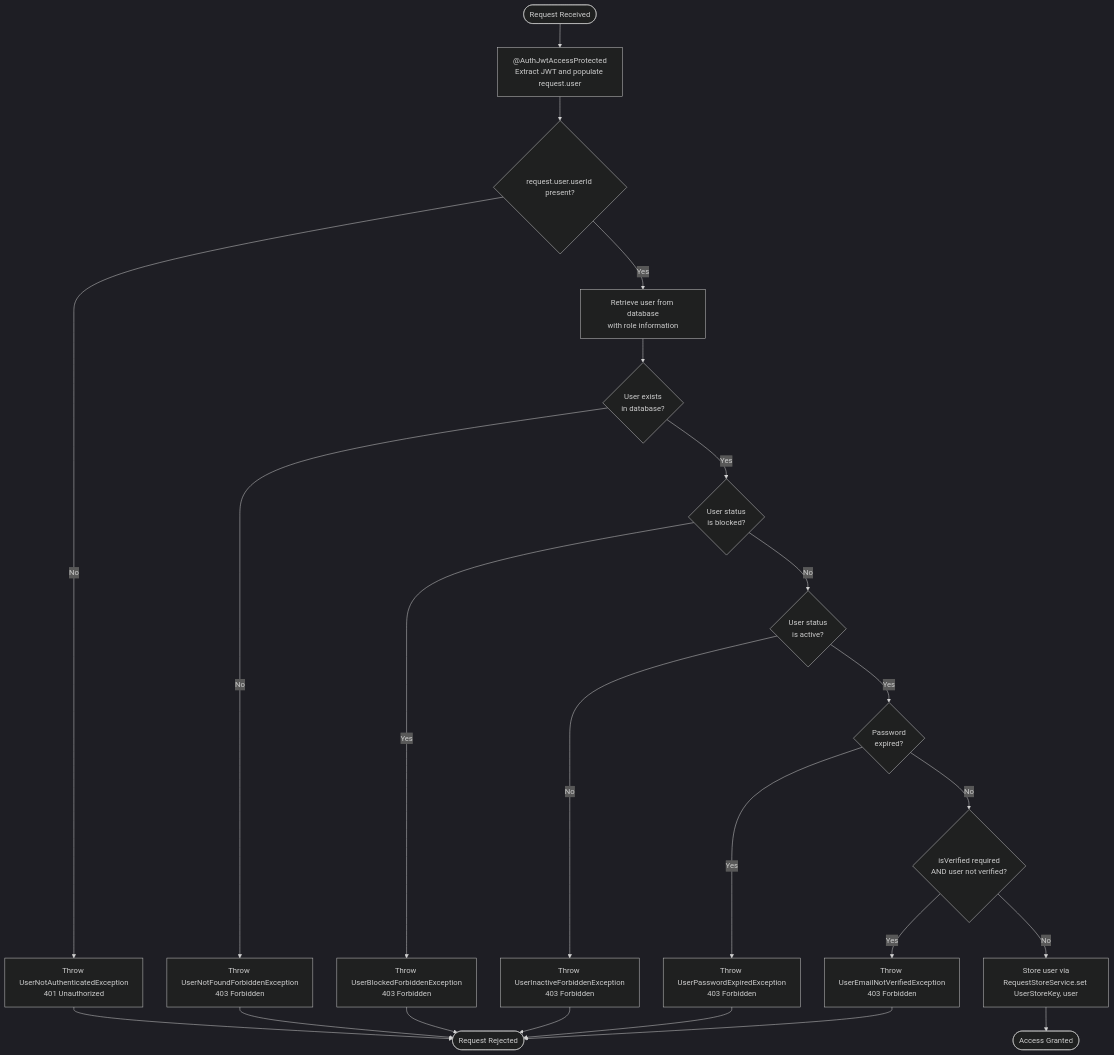
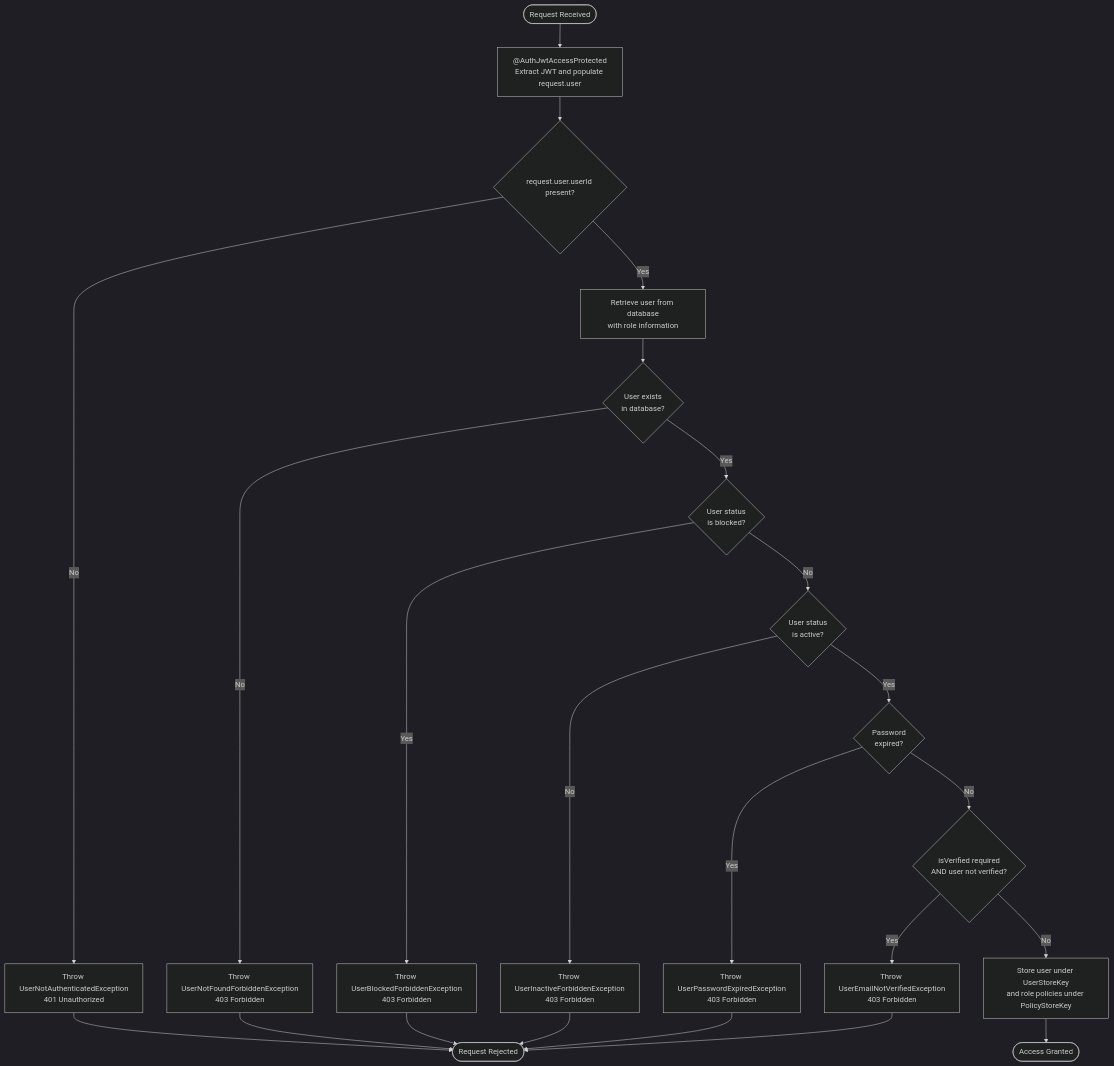
The first of 5 diagrams in docs/authorization.md (Gzerox/ack-nestjs-boilerplate), drawn with Mermaid (dark theme) before and after one commit. The commit also changed other lines of this file and 219 other files, not shown here.

````diff
--- a/docs/authorization.md
+++ b/docs/authorization.md
@@ -173,32 +166,32 @@
 ```mermaid
 flowchart TD
     Start([Request Received]) --> JwtGuard[ @AuthJwtAccessProtected<br/>Extract JWT and populate request.user]
     JwtGuard --> CheckAuth{request.user.userId present?}
     CheckAuth -->|No| ErrorAuth[Throw UserNotAuthenticatedException<br/>401 Unauthorized]
     CheckAuth -->|Yes| LookupUser[Retrieve user from database<br/>with role information]
     
     LookupUser --> UserExists{User exists<br/>in database?}
     UserExists -->|No| ErrorNotFound[Throw UserNotFoundForbiddenException<br/>403 Forbidden]
     UserExists -->|Yes| CheckBlocked{User status<br/>is blocked?}
     
     CheckBlocked -->|Yes| ErrorBlocked[Throw UserBlockedForbiddenException<br/>403 Forbidden]
     CheckBlocked -->|No| CheckStatus{User status<br/>is active?}
     
     CheckStatus -->|No| ErrorInactive[Throw UserInactiveForbiddenException<br/>403 Forbidden]
     CheckStatus -->|Yes| CheckPassword{Password<br/>expired?}
     
     CheckPassword -->|Yes| ErrorPassword[Throw UserPasswordExpiredException<br/>403 Forbidden]
     CheckPassword -->|No| CheckVerified{isVerified required<br/>AND user not verified?}
     
     CheckVerified -->|Yes| ErrorVerified[Throw UserEmailNotVerifiedException<br/>403 Forbidden]
-    CheckVerified -->|No| SetUser[Store user via<br/>RequestStoreService.set UserStoreKey, user]
+    CheckVerified -->|No| SetUser[Store user under UserStoreKey<br/>and role policies under PolicyStoreKey]
     
     SetUser --> Success([Access Granted])
     
     ErrorAuth --> End([Request Rejected])
     ErrorNotFound --> End
     ErrorBlocked --> End
     ErrorInactive --> End
     ErrorPassword --> End
     ErrorVerified --> End
 ```
````
